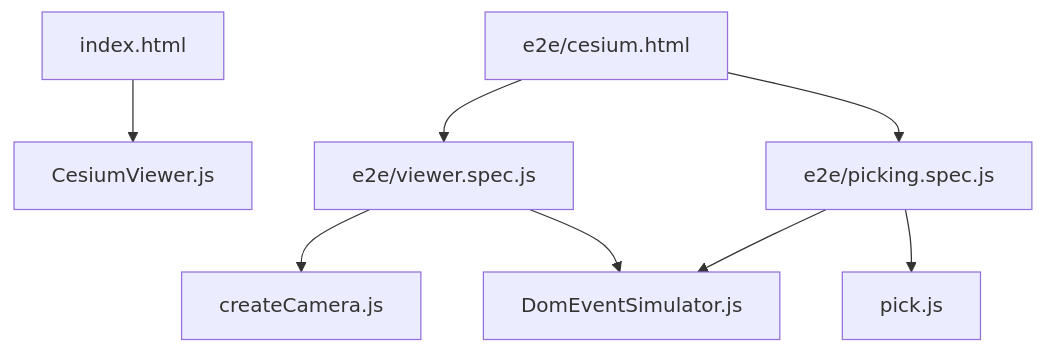
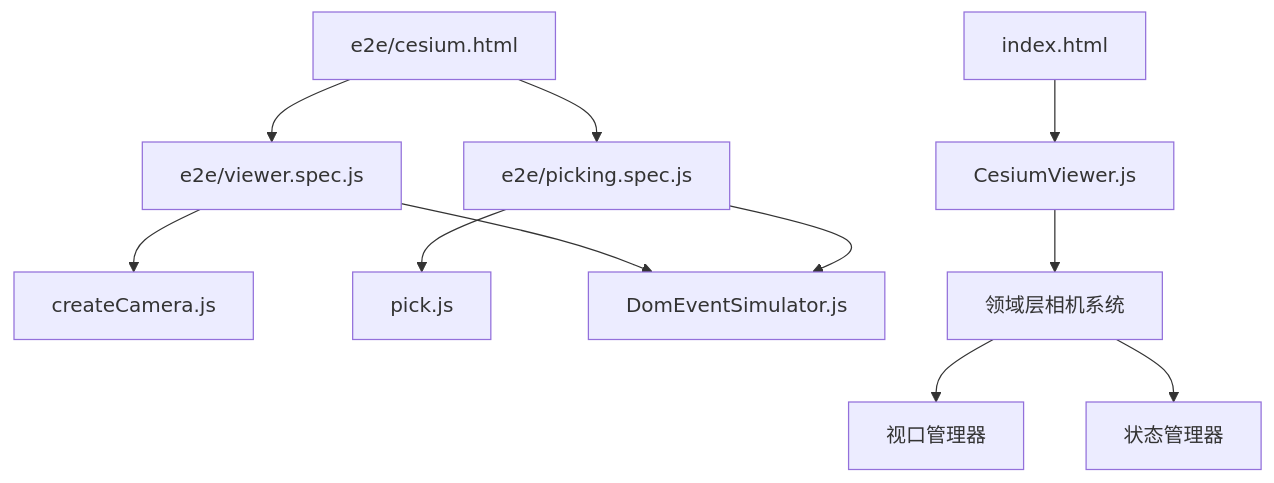
One commit to rzhangjing/cesium changed the seventh of 7 diagrams in .qoder/repowiki/zh/content/项目概述/核心特性/相机与交互控制/相机与交互控制.md. Above: the diagram before and after it, drawn with Mermaid. The commit also changed other lines of this file and 92 other files, not shown here.

````diff
--- a/.qoder/repowiki/zh/content/项目概述/核心特性/相机与交互控制/相机与交互控制.md
+++ b/.qoder/repowiki/zh/content/项目概述/核心特性/相机与交互控制/相机与交互控制.md
@@ -281,10 +1700,13 @@
 ```mermaid
 graph TB
 HTML["index.html"] --> JS["CesiumViewer.js"]
 E2EHTML["e2e/cesium.html"] --> VSpec["e2e/viewer.spec.js"]
 E2EHTML --> PSpec["e2e/picking.spec.js"]
 VSpec --> CCam["createCamera.js"]
 PSpec --> CPick["pick.js"]
 VSpec --> DEvt["DomEventSimulator.js"]
 PSpec --> DEvt
+JS --> DomainCam["领域层相机系统"]
+DomainCam --> Viewport["视口管理器"]
+DomainCam --> StateMgr["状态管理器"]
 ```
````
